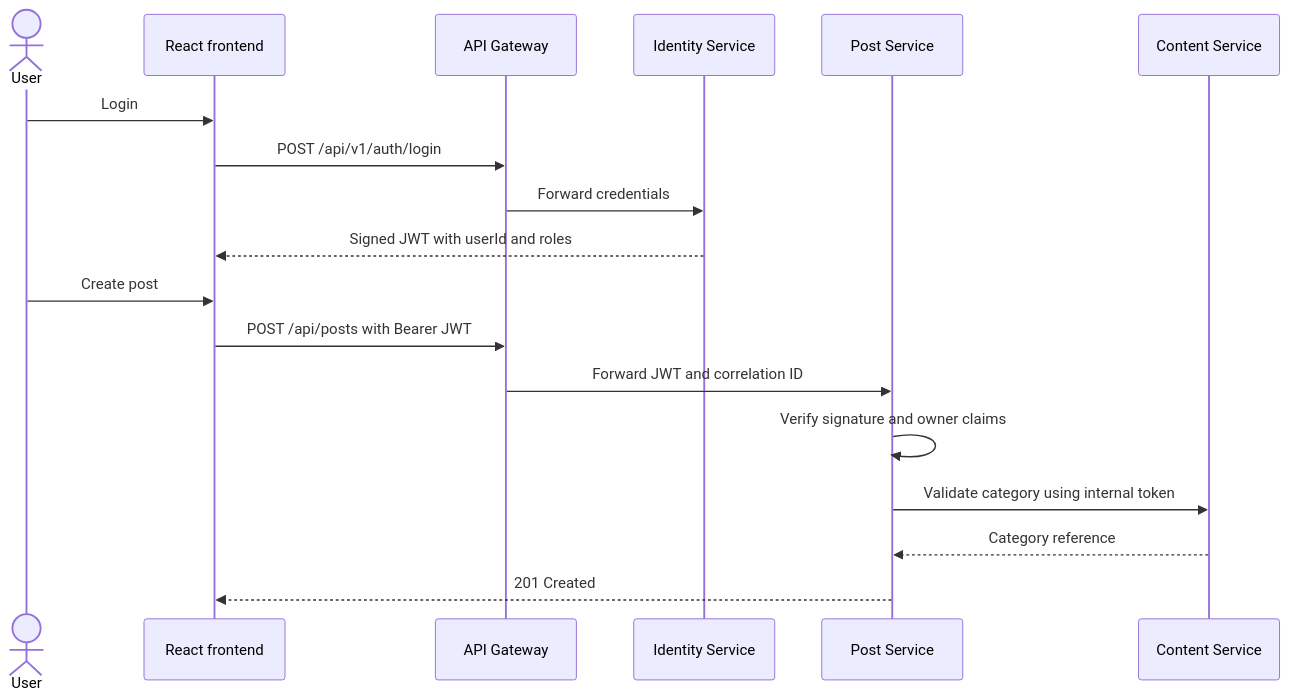
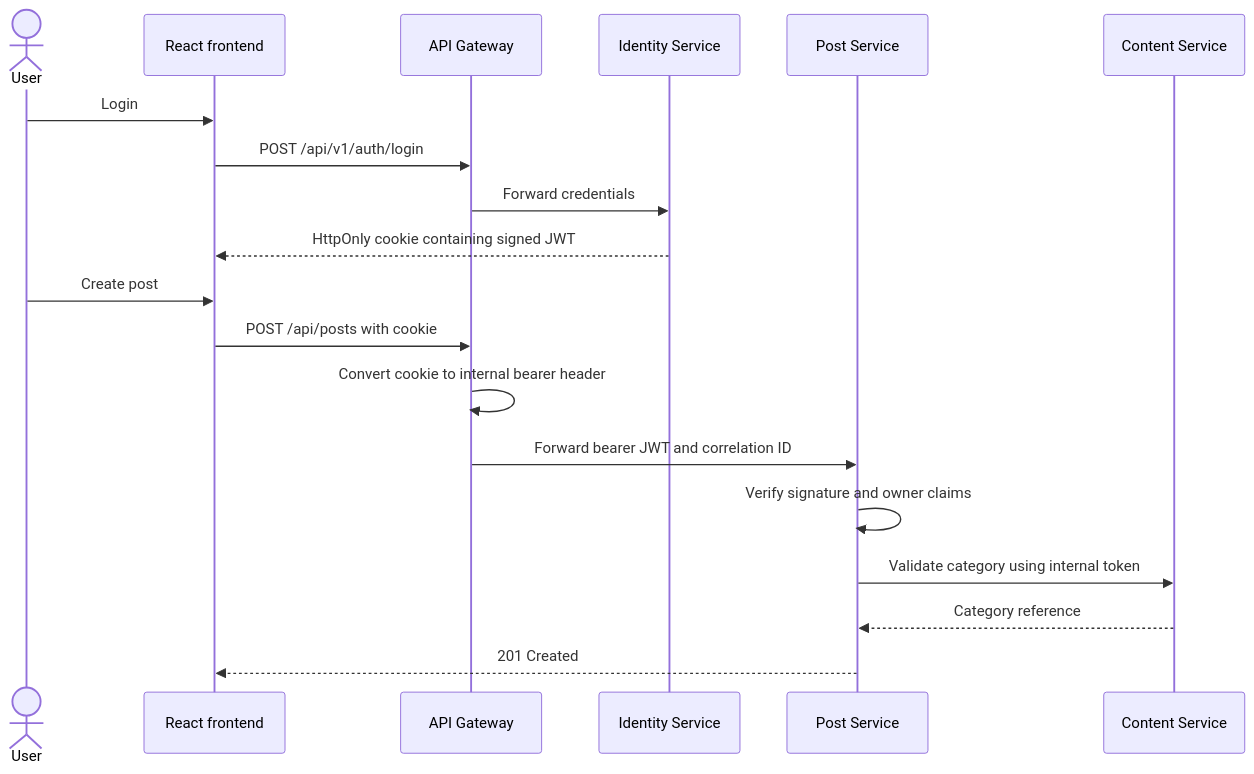
The second of 2 diagrams in docs/architecture.md (studywithdanish/microservices-backend), drawn with Mermaid before and after one commit. The commit also changed other lines of this file and 23 other files, not shown here.

Commit message:
Secure browser authentication with HttpOnly cookies

````diff
--- a/docs/architecture.md
+++ b/docs/architecture.md
@@ -57,21 +57,22 @@
 ```mermaid
 sequenceDiagram
     actor User
     participant UI as React frontend
     participant GW as API Gateway
     participant ID as Identity Service
     participant PS as Post Service
     participant CS as Content Service
 
     User->>UI: Login
     UI->>GW: POST /api/v1/auth/login
     GW->>ID: Forward credentials
-    ID-->>UI: Signed JWT with userId and roles
+    ID-->>UI: HttpOnly cookie containing signed JWT
     User->>UI: Create post
-    UI->>GW: POST /api/posts with Bearer JWT
-    GW->>PS: Forward JWT and correlation ID
+    UI->>GW: POST /api/posts with cookie
+    GW->>GW: Convert cookie to internal bearer header
+    GW->>PS: Forward bearer JWT and correlation ID
     PS->>PS: Verify signature and owner claims
     PS->>CS: Validate category using internal token
     CS-->>PS: Category reference
     PS-->>UI: 201 Created
 ```
````
